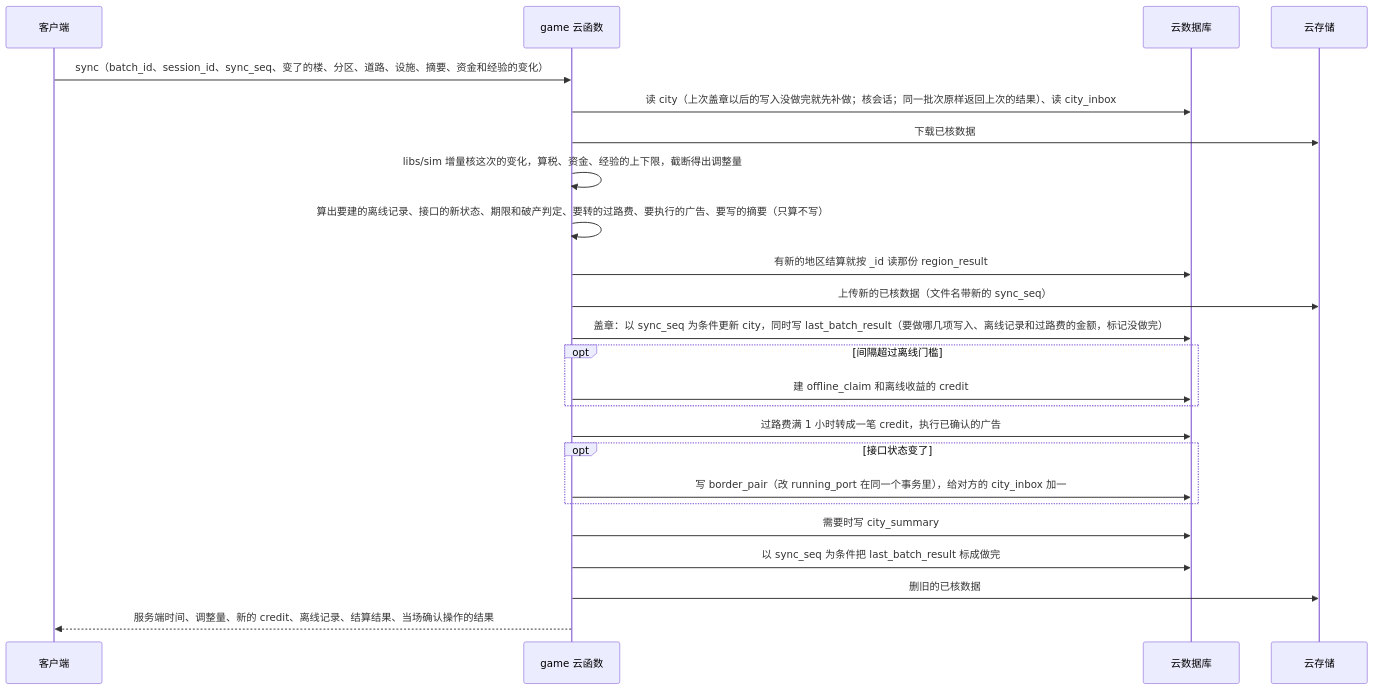
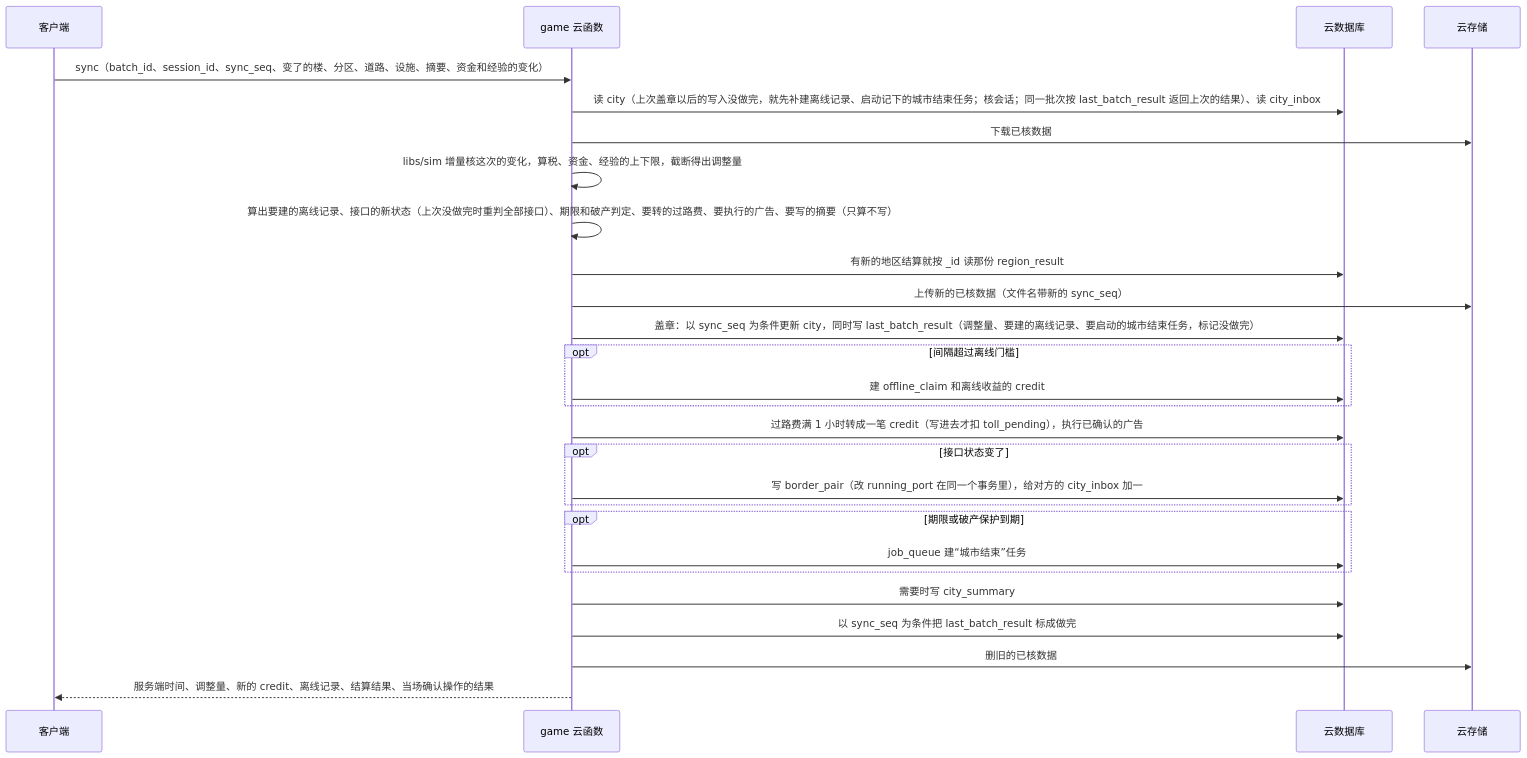
One commit to juanchaopan/city-link changed the fifth of 9 diagrams in docs/architecture/overview.md. Above: the diagram before and after it, drawn with Mermaid. The commit also changed other lines of this file and 4 other files, not shown here.

````diff
--- a/docs/architecture/overview.md
+++ b/docs/architecture/overview.md
@@ -159,26 +159,29 @@
 ```mermaid
 sequenceDiagram
   participant C as 客户端
   participant G as game 云函数
   participant D as 云数据库
   participant S as 云存储
   C->>G: sync（batch_id、session_id、sync_seq、变了的楼、分区、道路、设施、摘要、资金和经验的变化）
-  G->>D: 读 city（上次盖章以后的写入没做完就先补做；核会话；同一批次原样返回上次的结果）、读 city_inbox
+  G->>D: 读 city（上次盖章以后的写入没做完，就先补建离线记录、启动记下的城市结束任务；核会话；同一批次按 last_batch_result 返回上次的结果）、读 city_inbox
   G->>S: 下载已核数据
   G->>G: libs/sim 增量核这次的变化，算税、资金、经验的上下限，截断得出调整量
-  G->>G: 算出要建的离线记录、接口的新状态、期限和破产判定、要转的过路费、要执行的广告、要写的摘要（只算不写）
+  G->>G: 算出要建的离线记录、接口的新状态（上次没做完时重判全部接口）、期限和破产判定、要转的过路费、要执行的广告、要写的摘要（只算不写）
   G->>D: 有新的地区结算就按 _id 读那份 region_result
   G->>S: 上传新的已核数据（文件名带新的 sync_seq）
-  G->>D: 盖章：以 sync_seq 为条件更新 city，同时写 last_batch_result（要做哪几项写入、离线记录和过路费的金额，标记没做完）
+  G->>D: 盖章：以 sync_seq 为条件更新 city，同时写 last_batch_result（调整量、要建的离线记录、要启动的城市结束任务，标记没做完）
   opt 间隔超过离线门槛
     G->>D: 建 offline_claim 和离线收益的 credit
   end
-  G->>D: 过路费满 1 小时转成一笔 credit，执行已确认的广告
+  G->>D: 过路费满 1 小时转成一笔 credit（写进去才扣 toll_pending），执行已确认的广告
   opt 接口状态变了
     G->>D: 写 border_pair（改 running_port 在同一个事务里），给对方的 city_inbox 加一
+  end
+  opt 期限或破产保护到期
+    G->>D: job_queue 建“城市结束”任务
   end
   G->>D: 需要时写 city_summary
   G->>D: 以 sync_seq 为条件把 last_batch_result 标成做完
   G->>S: 删旧的已核数据
   G-->>C: 服务端时间、调整量、新的 credit、离线记录、结算结果、当场确认操作的结果
 ```
````
